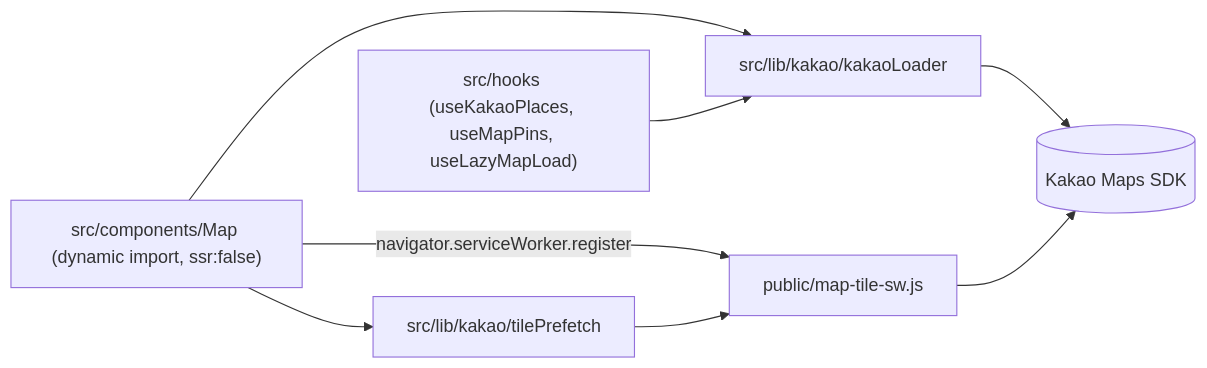
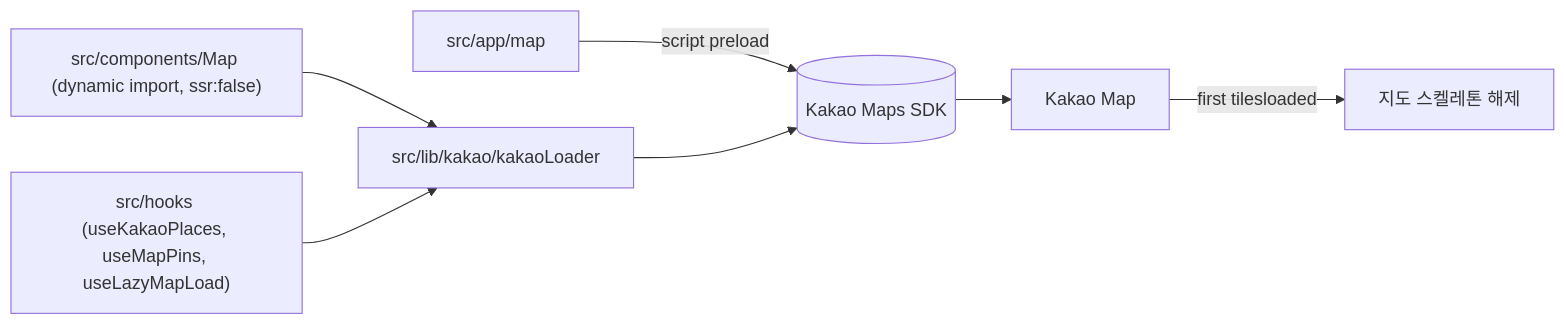
The third of 3 diagrams in ARCHITECTURE.md (peakda/peakda-front), drawn with Mermaid before and after one commit. The commit also changed other lines of this file and 9 other files, not shown here.

````diff
--- a/ARCHITECTURE.md
+++ b/ARCHITECTURE.md
@@ -50,8 +50,8 @@
 ```mermaid
 flowchart LR
-  MapUI["src/components/Map (dynamic import, ssr:false)"] --> Loader["src/lib/kakao/kakaoLoader"] --> SDK[("Kakao Maps SDK")]
+  MapPage["src/app/map"] -->|"script preload"| SDK[("Kakao Maps SDK")]
+  MapUI["src/components/Map (dynamic import, ssr:false)"] --> Loader["src/lib/kakao/kakaoLoader"] --> SDK
   Hooks["src/hooks (useKakaoPlaces, useMapPins, useLazyMapLoad)"] --> Loader
-  MapUI --> Prefetch["src/lib/kakao/tilePrefetch"]
-  MapUI -->|"navigator.serviceWorker.register"| SW["public/map-tile-sw.js"]
-  Prefetch --> SW --> SDK
+  SDK --> Map["Kakao Map"]
+  Map -->|"first tilesloaded"| LoadingUI["지도 스켈레톤 해제"]
 ```
````
